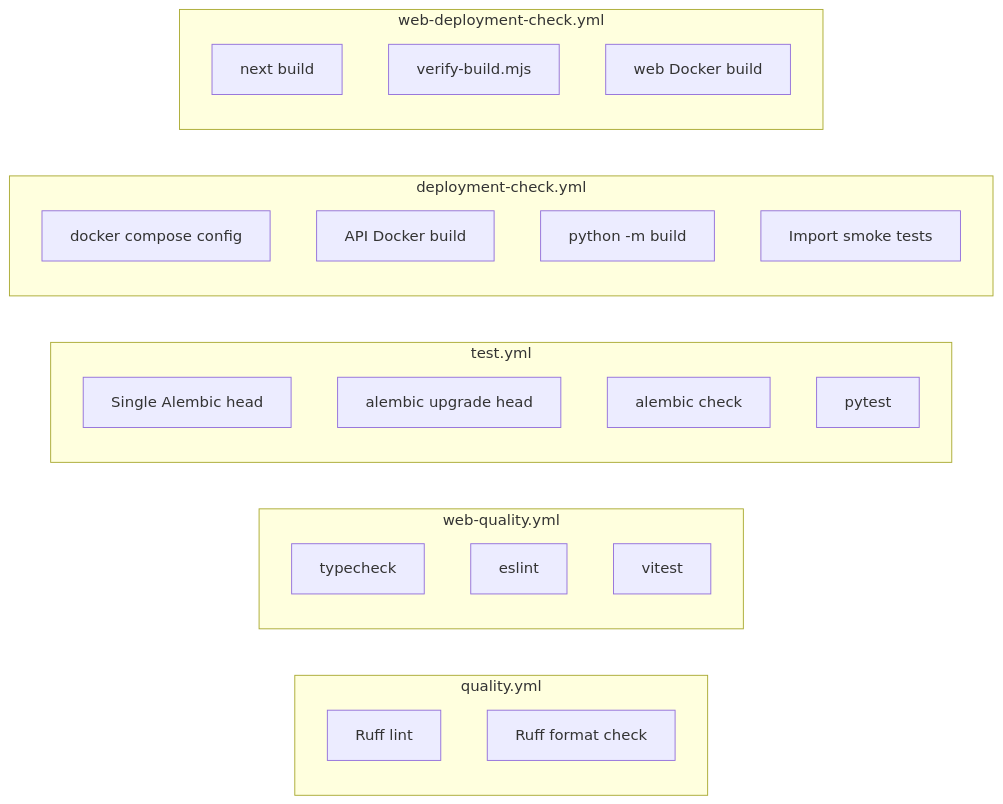
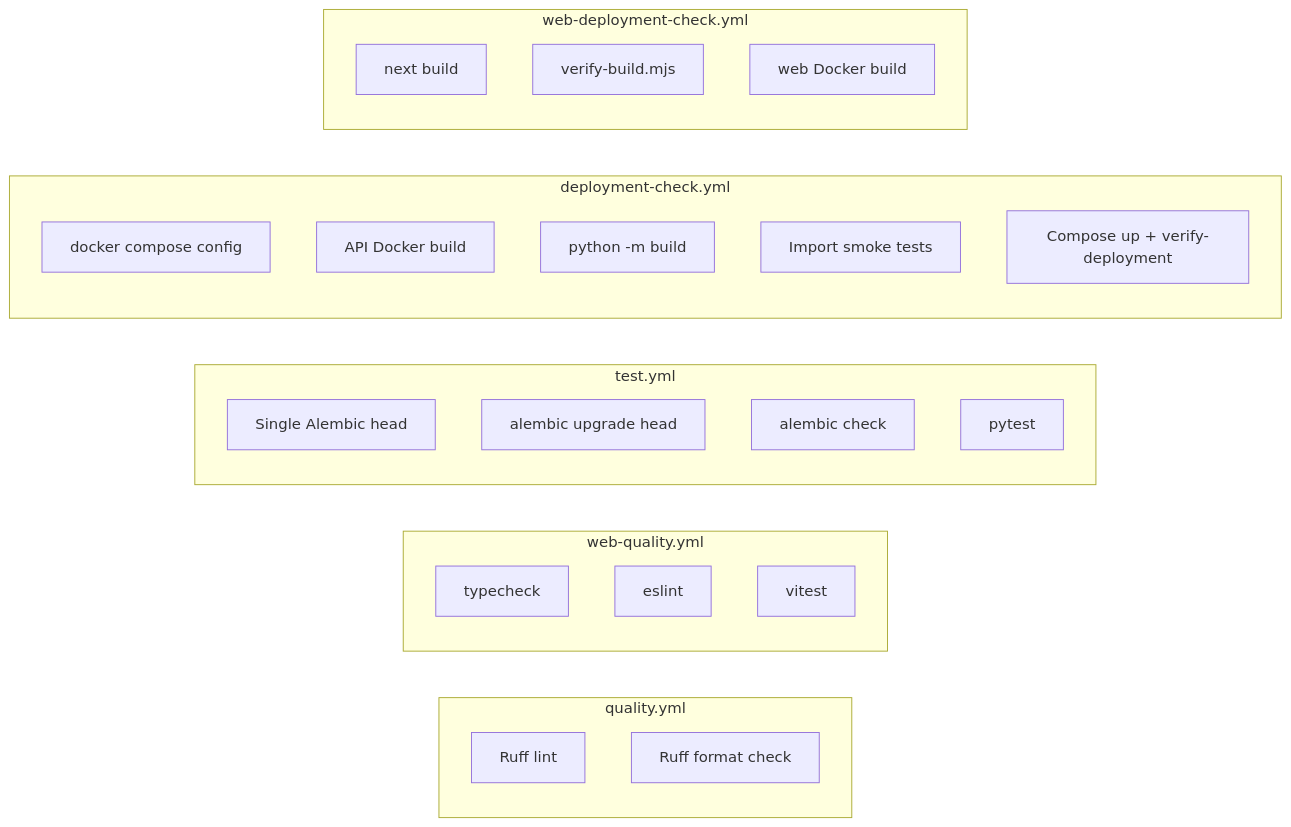
Before and after one commit to SandeebAdhikari/venture-studio: the diagram in docs/ci.md, drawn with Mermaid. The commit also changed other lines of this file and 11 other files, not shown here.

````diff
--- a/docs/ci.md
+++ b/docs/ci.md
@@ -20,33 +20,34 @@
 ```mermaid
 flowchart LR
   subgraph quality [quality.yml]
     RuffLint[Ruff lint]
     RuffFmt[Ruff format check]
   end
 
   subgraph webQuality [web-quality.yml]
     TS[typecheck]
     ESLint[eslint]
     Vitest[vitest]
   end
 
   subgraph test [test.yml]
     MigHead[Single Alembic head]
     MigUp[alembic upgrade head]
     MigCheck[alembic check]
     Pytest[pytest]
   end
 
   subgraph deploy [deployment-check.yml]
     Compose[docker compose config]
     DockerBuild[API Docker build]
     PkgBuild[python -m build]
     ImportCheck[Import smoke tests]
+    ComposeSmoke[Compose up + verify-deployment]
   end
 
   subgraph webDeploy [web-deployment-check.yml]
     NextBuild[next build]
     VerifyRoutes[verify-build.mjs]
     WebDocker[web Docker build]
   end
 ```
````
